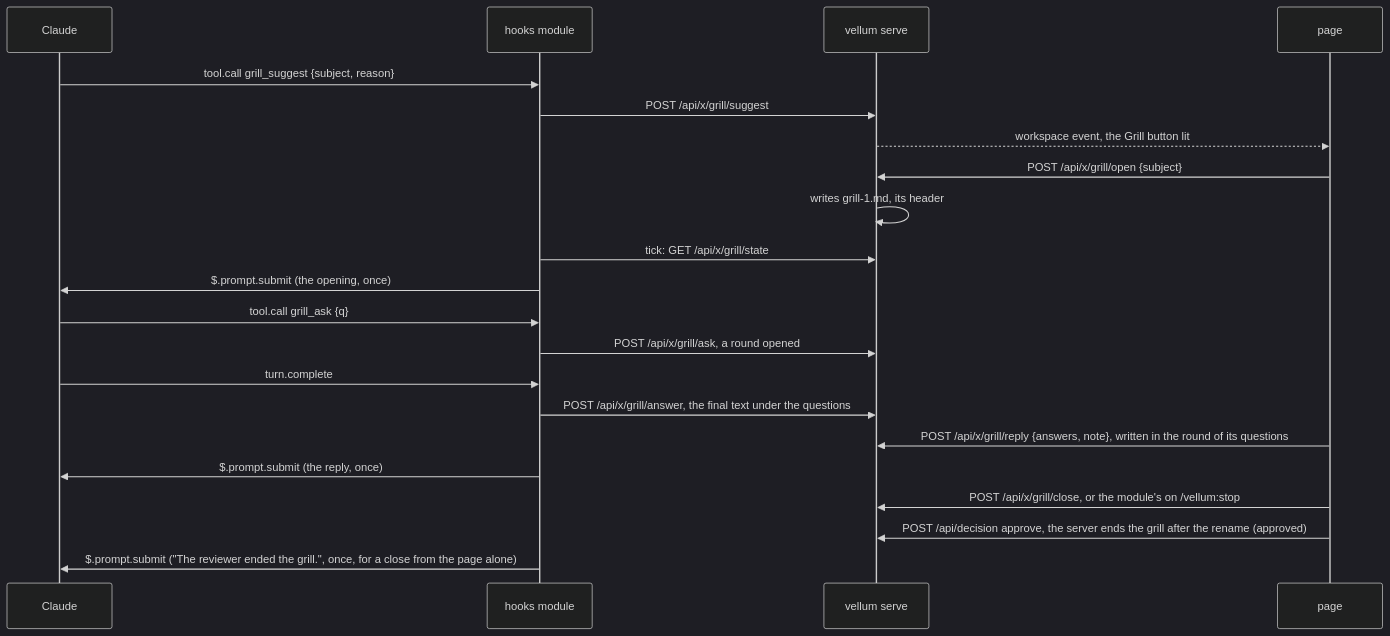
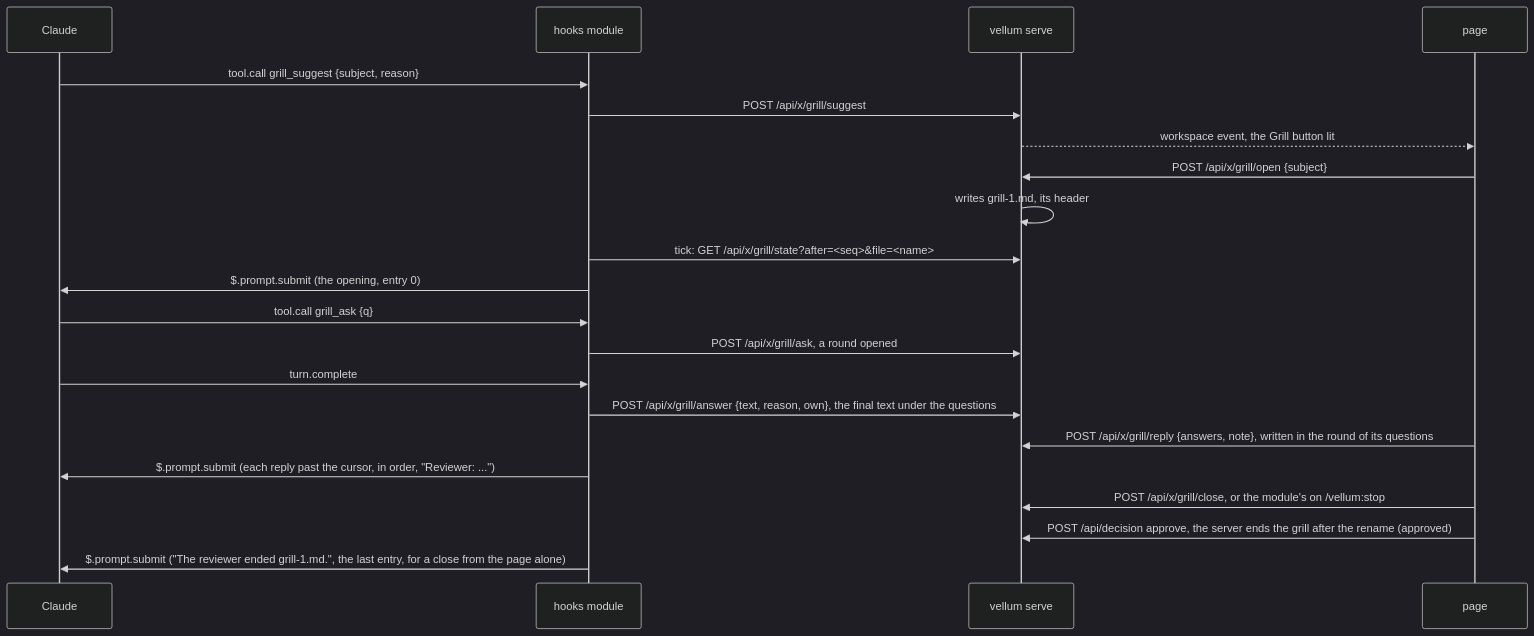
Before and after one commit to bengous/claude-code-plugins: the third of 5 diagrams in vellum/docs/architecture.md, drawn with Mermaid (dark theme). The commit also changed other lines of this file and 18 other files, not shown here.

````diff
--- a/vellum/docs/architecture.md
+++ b/vellum/docs/architecture.md
@@ -116,23 +116,23 @@
 ```mermaid
 sequenceDiagram
   participant C as Claude
   participant M as hooks module
   participant S as vellum serve
   participant P as page
   C->>M: tool.call grill_suggest {subject, reason}
   M->>S: POST /api/x/grill/suggest
   S-->>P: workspace event, the Grill button lit
   P->>S: POST /api/x/grill/open {subject}
   S->>S: writes grill-1.md, its header
-  M->>S: tick: GET /api/x/grill/state
-  M->>C: $.prompt.submit (the opening, once)
+  M->>S: tick: GET /api/x/grill/state?after=<seq>&file=<name>
+  M->>C: $.prompt.submit (the opening, entry 0)
   C->>M: tool.call grill_ask {q}
   M->>S: POST /api/x/grill/ask, a round opened
   C->>M: turn.complete
-  M->>S: POST /api/x/grill/answer, the final text under the questions
+  M->>S: POST /api/x/grill/answer {text, reason, own}, the final text under the questions
   P->>S: POST /api/x/grill/reply {answers, note}, written in the round of its questions
-  M->>C: $.prompt.submit (the reply, once)
+  M->>C: $.prompt.submit (each reply past the cursor, in order, "Reviewer: ...")
   P->>S: POST /api/x/grill/close, or the module's on /vellum:stop
   P->>S: POST /api/decision approve, the server ends the grill after the rename (approved)
-  M->>C: $.prompt.submit ("The reviewer ended the grill.", once, for a close from the page alone)
+  M->>C: $.prompt.submit ("The reviewer ended grill-1.md.", the last entry, for a close from the page alone)
 ```
````
